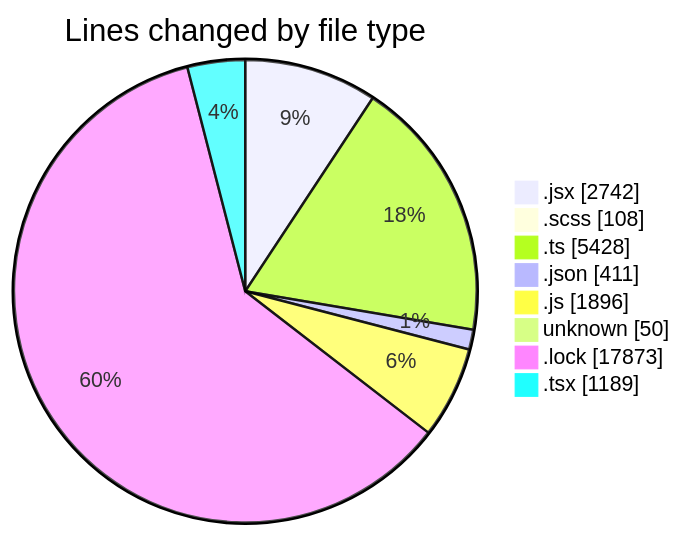
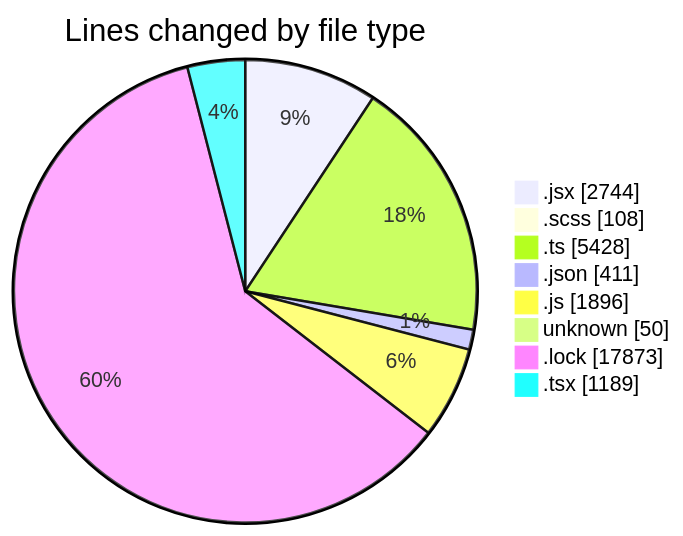
Before and after one commit to momahboobian/code-tracking: the first of 2 diagrams in 2026-09-01/cda/README.md, drawn with Mermaid. The commit also changed other lines of this file and 1 other file, not shown here.

````diff
--- a/2026-09-01/cda/README.md
+++ b/2026-09-01/cda/README.md
@@ -77,12 +77,12 @@
 ```mermaid
 pie showData
 title Lines changed by file type
-".jsx" : 2742
+".jsx" : 2744
 ".scss" : 108
 ".ts" : 5428
 ".json" : 411
 ".js" : 1896
 "unknown" : 50
 ".lock" : 17873
 ".tsx" : 1189
 ```
````
